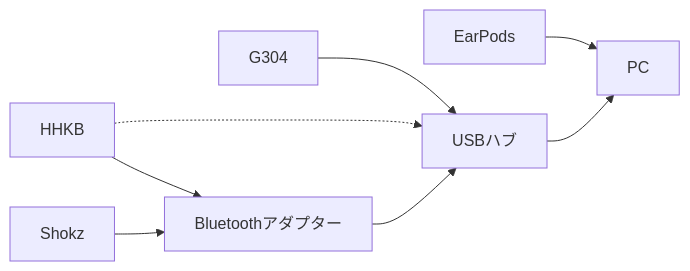
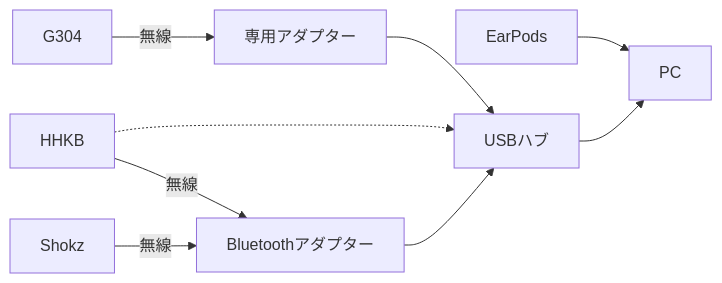
Before and after one commit to sh1Nome/personal-knowledge-hub: the diagram in device/peripheralDevice/README.md, drawn with Mermaid.

````diff
--- a/device/peripheralDevice/README.md
+++ b/device/peripheralDevice/README.md
@@ -11,19 +11,21 @@
 ```mermaid
 graph LR
     pc[PC]
     hhkb[HHKB]
     shokz[Shokz]
     earpods[EarPods]
     g304[G304]
+    g304adapter[専用アダプター]
     usbhub[USBハブ]
     bluetooth[Bluetoothアダプター]
 
     earpods --> pc
 
     usbhub --> pc
 
-    g304 & bluetooth --> usbhub
+    g304adapter & bluetooth --> usbhub
     hhkb -.-> usbhub
 
-    hhkb & shokz --> bluetooth
+    g304 -->|無線| g304adapter
+    hhkb & shokz -->|無線| bluetooth
 ```
````
